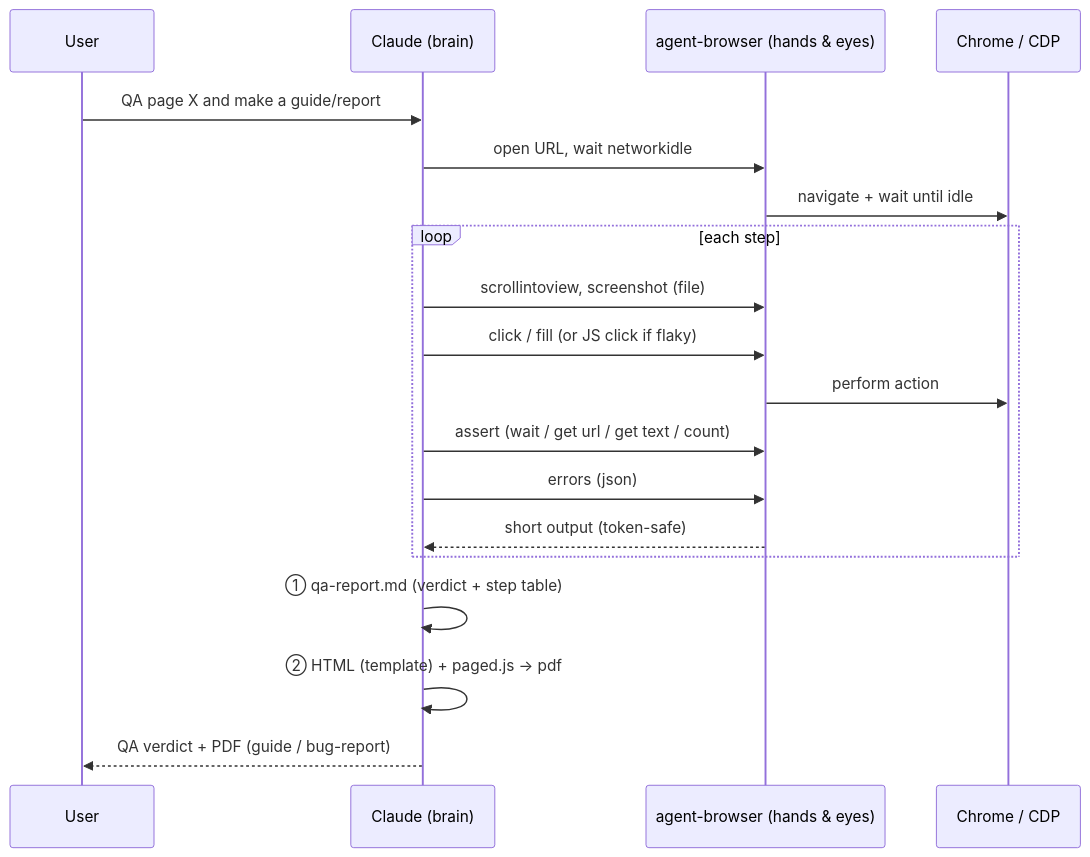
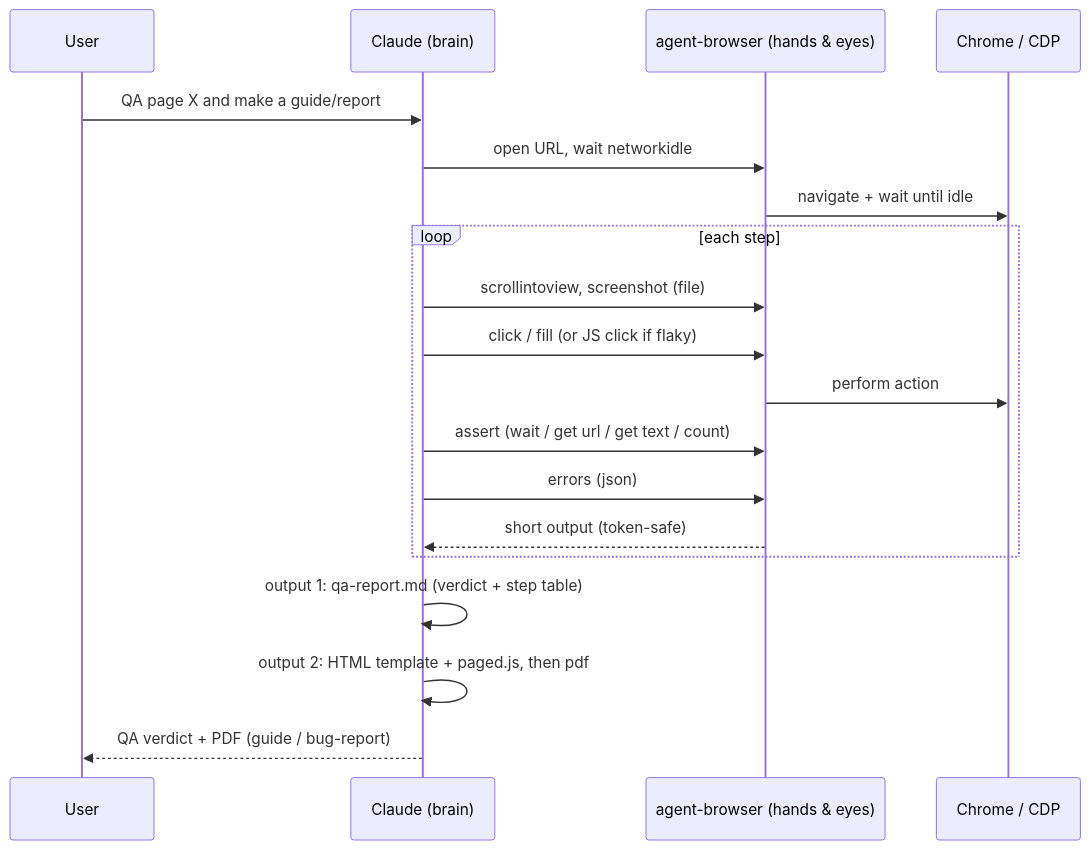
The first of 5 diagrams in docs/ARCHITECTURE.md (wichtking/agent-browser-qa), drawn with Mermaid before and after one commit. The commit also changed other lines of this file and 1 other file, not shown here.

First line of the commit message:
docs: apply the plainer voice to ARCHITECTURE and TEAM-PROCESS

````diff
--- a/docs/ARCHITECTURE.md
+++ b/docs/ARCHITECTURE.md
@@ -22,21 +22,21 @@
 ```mermaid
 sequenceDiagram
     participant U as User
     participant C as Claude (brain)
     participant A as agent-browser (hands & eyes)
     participant B as Chrome / CDP
     U->>C: QA page X and make a guide/report
     C->>A: open URL, wait networkidle
     A->>B: navigate + wait until idle
     loop each step
         C->>A: scrollintoview, screenshot (file)
         C->>A: click / fill (or JS click if flaky)
         A->>B: perform action
         C->>A: assert (wait / get url / get text / count)
         C->>A: errors (json)
         A-->>C: short output (token-safe)
     end
-    C->>C: ① qa-report.md (verdict + step table)
-    C->>C: ② HTML (template) + paged.js → pdf
+    C->>C: output 1: qa-report.md (verdict + step table)
+    C->>C: output 2: HTML template + paged.js, then pdf
     C-->>U: QA verdict + PDF (guide / bug-report)
 ```
````
